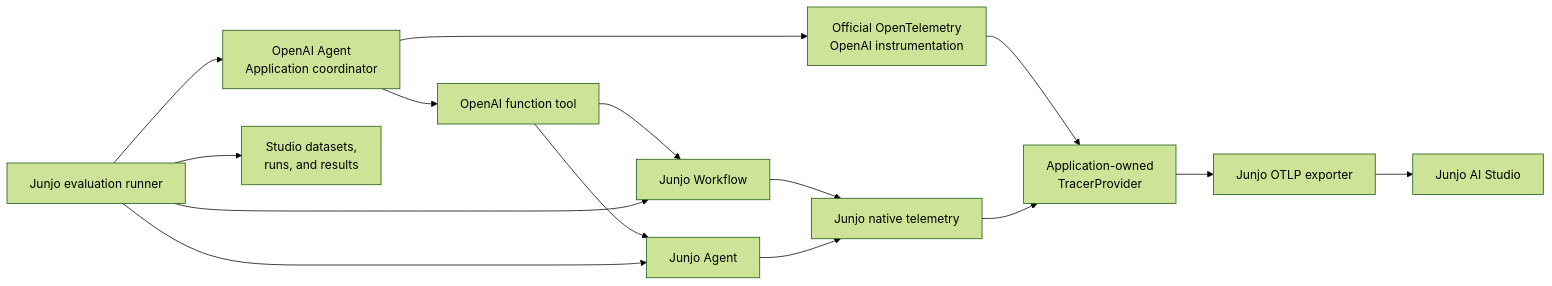
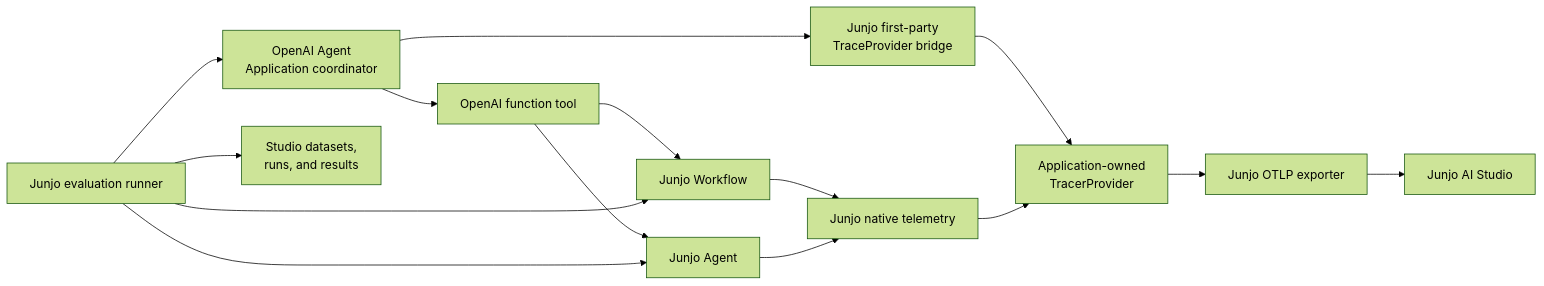
One commit to mdrideout/junjo changed the diagram in OPENAI_AGENTS_INTEGRATION_PLAN.md. Above: the diagram before and after it, drawn with Mermaid (forest theme). The commit also changed other lines of this file and 41 other files, not shown here.

Commit message:
feat: add first-party OpenAI Agents telemetry

````diff
--- a/OPENAI_AGENTS_INTEGRATION_PLAN.md
+++ b/OPENAI_AGENTS_INTEGRATION_PLAN.md
@@ -159,20 +166,20 @@
 ```mermaid
 flowchart LR
     OA["OpenAI Agent<br/>Application coordinator"] --> FT["OpenAI function tool"]
     FT --> JW["Junjo Workflow"]
     FT --> JA["Junjo Agent"]
 
-    OA --> OI["Official OpenTelemetry<br/>OpenAI instrumentation"]
+    OA --> OI["Junjo first-party<br/>TraceProvider bridge"]
     JW --> JT["Junjo native telemetry"]
     JA --> JT
 
     OI --> TP["Application-owned<br/>TracerProvider"]
     JT --> TP
     TP --> EX["Junjo OTLP exporter"]
     EX --> ST["Junjo AI Studio"]
 
     ER["Junjo evaluation runner"] --> OA
     ER --> JW
     ER --> JA
     ER --> DS["Studio datasets,<br/>runs, and results"]
 ```
````
